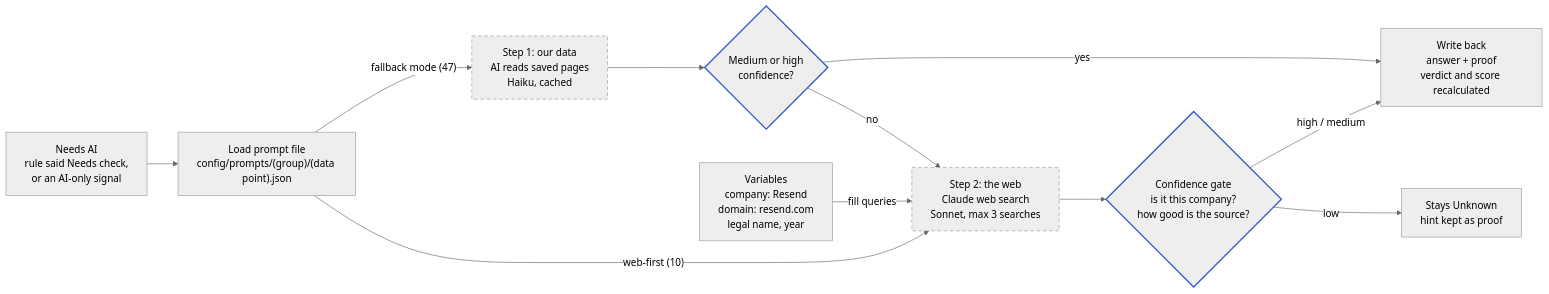
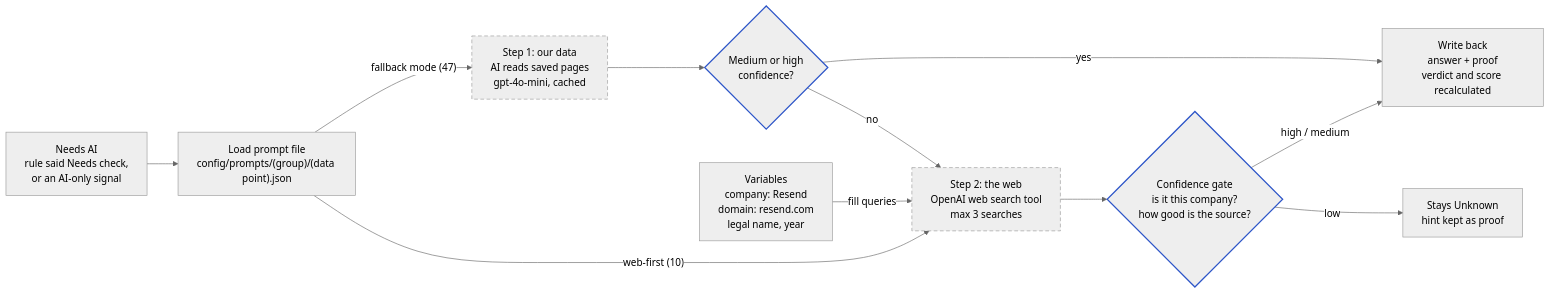
Before and after one commit to aligmirza/PuzzleLeadScoring: the fourth of 7 diagrams in docs/PIPELINE.md, drawn with Mermaid (neutral theme). The commit also changed other lines of this file and 23 other files, not shown here.

````diff
--- a/docs/PIPELINE.md
+++ b/docs/PIPELINE.md
@@ -297,28 +314,28 @@
 ```mermaid
 flowchart LR
     A["Needs AI<br/>rule said Needs check,<br/>or an AI-only signal"]
     B["Load prompt file<br/>config/prompts/(group)/(data point).json"]
-    S1["Step 1: our data<br/>AI reads saved pages<br/>Haiku, cached"]
+    S1["Step 1: our data<br/>AI reads saved pages<br/>gpt-4o-mini, cached"]
     C{"Medium or high<br/>confidence?"}
     W["Write back<br/>answer + proof<br/>verdict and score recalculated"]
     V["Variables<br/>company: Resend<br/>domain: resend.com<br/>legal name, year"]
-    S2["Step 2: the web<br/>Claude web search<br/>Sonnet, max 3 searches"]
+    S2["Step 2: the web<br/>OpenAI web search tool<br/>max 3 searches"]
     G{"Confidence gate<br/>is it this company?<br/>how good is the source?"}
     U["Stays Unknown<br/>hint kept as proof"]
 
     A --> B
     B -->|"fallback mode (47)"| S1
     B -->|"web-first (10)"| S2
     S1 --> C
     C -->|yes| W
     C -->|no| S2
     V -->|fill queries| S2
     S2 --> G
     G -->|high / medium| W
     G -->|low| U
 
     classDef plan stroke-dasharray: 6 4
     classDef key stroke:#2d55c8,stroke-width:2px
     class S1,S2 plan
     class C,G key
 ```
````
